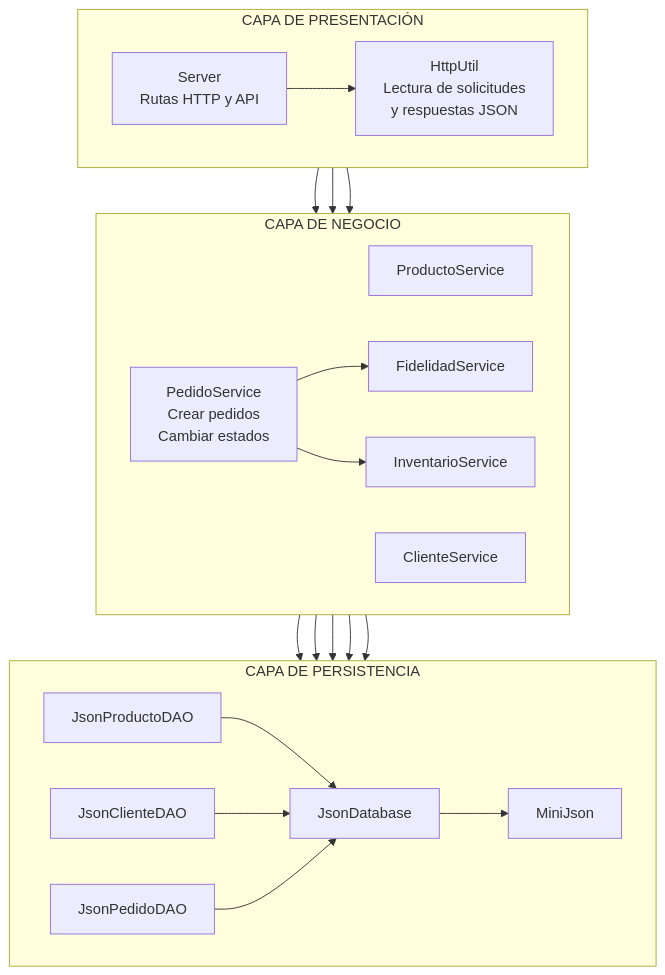
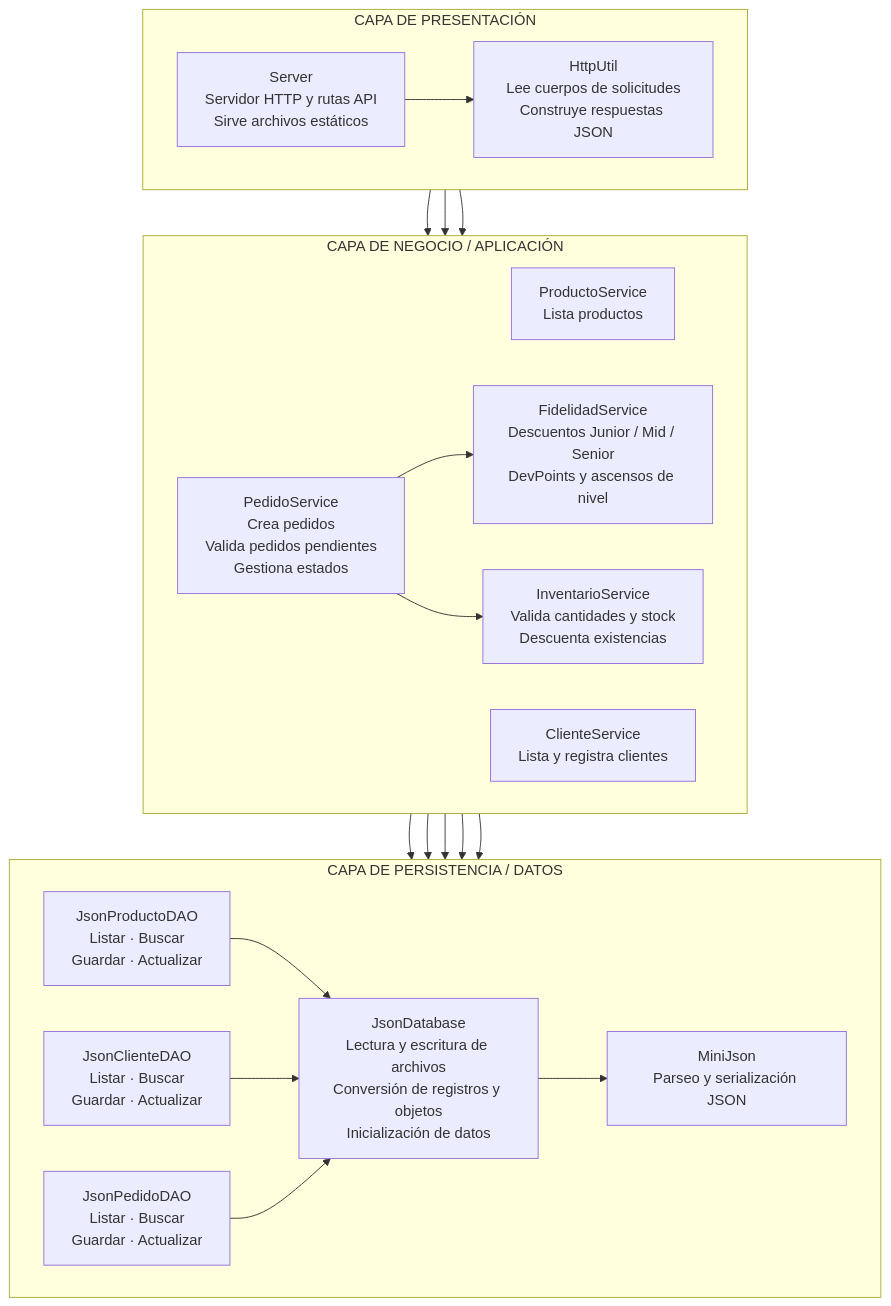
The diagram in docs/diagramas-c4/c3-componentes.mmd (alejoms13/Taller-Modelo-N-Tier), drawn with Mermaid before and after one commit.

```diff
--- a/docs/diagramas-c4/c3-componentes.mmd
+++ b/docs/diagramas-c4/c3-componentes.mmd
@@ -1,43 +1,44 @@
 flowchart TB
+
     subgraph P["CAPA DE PRESENTACIÓN"]
         direction LR
-        Server["Server<br/>Rutas HTTP y API"]
-        HU["HttpUtil<br/>Lectura de solicitudes<br/>y respuestas JSON"]
+        Server["Server<br/>Servidor HTTP y rutas API<br/>Sirve archivos estáticos"]
+        HU["HttpUtil<br/>Lee cuerpos de solicitudes<br/>Construye respuestas JSON"]
         Server --> HU
     end
 
-    subgraph N["CAPA DE NEGOCIO"]
+    subgraph N["CAPA DE NEGOCIO / APLICACIÓN"]
         direction LR
-        PS["ProductoService"]
-        CS["ClienteService"]
-        OS["PedidoService<br/>Crear pedidos<br/>Cambiar estados"]
-        FS["FidelidadService"]
-        IS["InventarioService"]
+        PS["ProductoService<br/>Lista productos"]
+        CS["ClienteService<br/>Lista y registra clientes"]
+        OS["PedidoService<br/>Crea pedidos<br/>Valida pedidos pendientes<br/>Gestiona estados"]
+        FS["FidelidadService<br/>Descuentos Junior / Mid / Senior<br/>DevPoints y ascensos de nivel"]
+        IS["InventarioService<br/>Valida cantidades y stock<br/>Descuenta existencias"]
     end
 
-    subgraph D["CAPA DE PERSISTENCIA"]
+    subgraph D["CAPA DE PERSISTENCIA / DATOS"]
         direction LR
-        PDA["JsonProductoDAO"]
-        CDA["JsonClienteDAO"]
-        ODA["JsonPedidoDAO"]
-        DB["JsonDatabase"]
-        MJ["MiniJson"]
+        PDA["JsonProductoDAO<br/>Listar · Buscar<br/>Guardar · Actualizar"]
+        CDA["JsonClienteDAO<br/>Listar · Buscar<br/>Guardar · Actualizar"]
+        ODA["JsonPedidoDAO<br/>Listar · Buscar<br/>Guardar · Actualizar"]
+        DB["JsonDatabase<br/>Lectura y escritura de archivos<br/>Conversión de registros y objetos<br/>Inicialización de datos"]
+        MJ["MiniJson<br/>Parseo y serialización JSON"]
     end
 
     Server --> PS
     Server --> CS
     Server --> OS
 
     PS --> PDA
     CS --> CDA
 
     OS --> PDA
     OS --> CDA
     OS --> ODA
     OS --> FS
     OS --> IS
 
     PDA --> DB
     CDA --> DB
     ODA --> DB
     DB --> MJ
```
